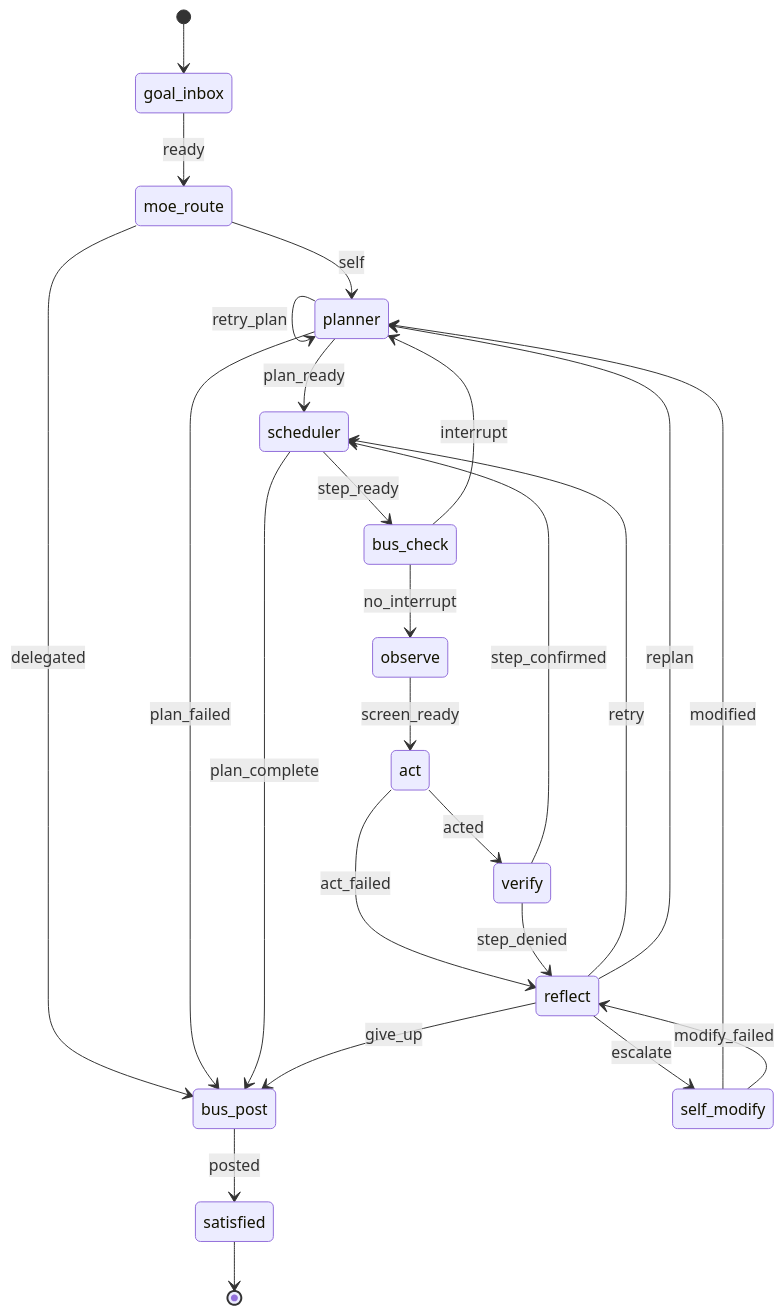
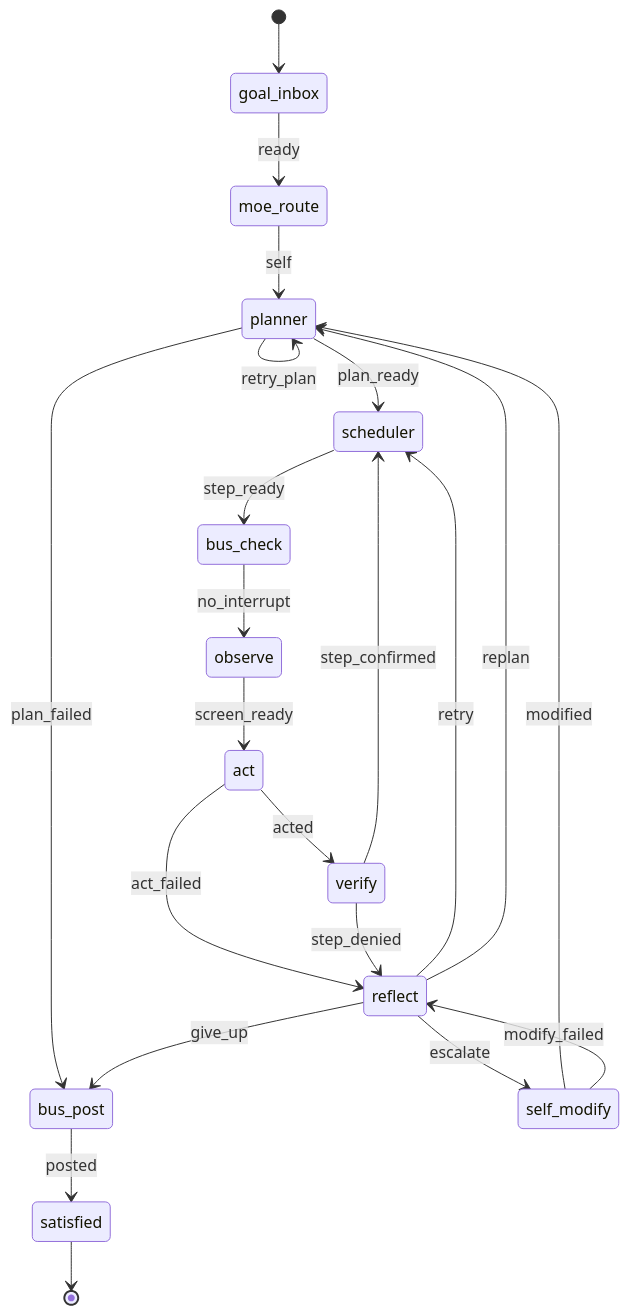
The fifth of 8 diagrams in README.md (wgabrys88/endgame-ai), drawn with Mermaid before and after one commit. The commit also changed other lines of this file, not shown here.

````diff
--- a/README.md
+++ b/README.md
@@ -346,27 +322,24 @@
 ```mermaid
 stateDiagram-v2
     [*] --> goal_inbox
     goal_inbox --> moe_route: ready
     moe_route --> planner: self
-    moe_route --> bus_post: delegated
     planner --> scheduler: plan_ready
     planner --> planner: retry_plan
     planner --> bus_post: plan_failed
     scheduler --> bus_check: step_ready
-    scheduler --> bus_post: plan_complete
     bus_check --> observe: no_interrupt
-    bus_check --> planner: interrupt
     observe --> act: screen_ready
     act --> verify: acted
     act --> reflect: act_failed
     verify --> scheduler: step_confirmed
     verify --> reflect: step_denied
     reflect --> scheduler: retry
     reflect --> planner: replan
     reflect --> self_modify: escalate
     reflect --> bus_post: give_up
     self_modify --> planner: modified
     self_modify --> reflect: modify_failed
     bus_post --> satisfied: posted
     satisfied --> [*]
 ```
````
